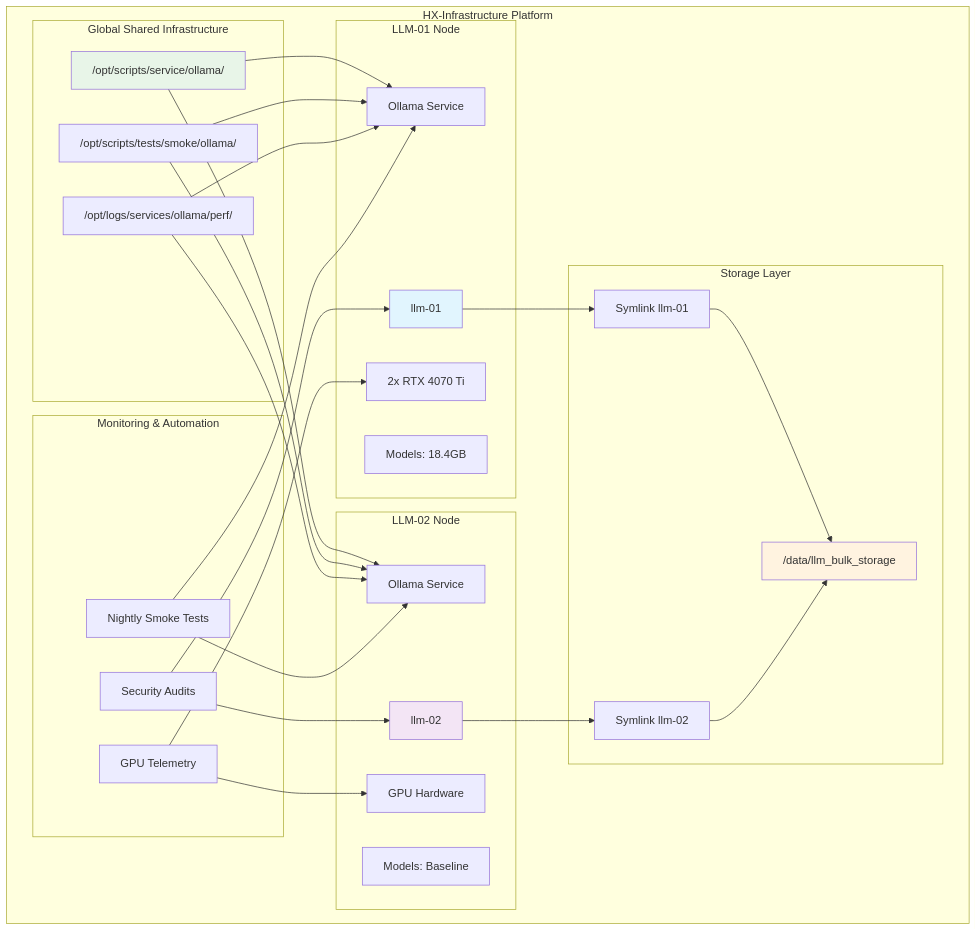
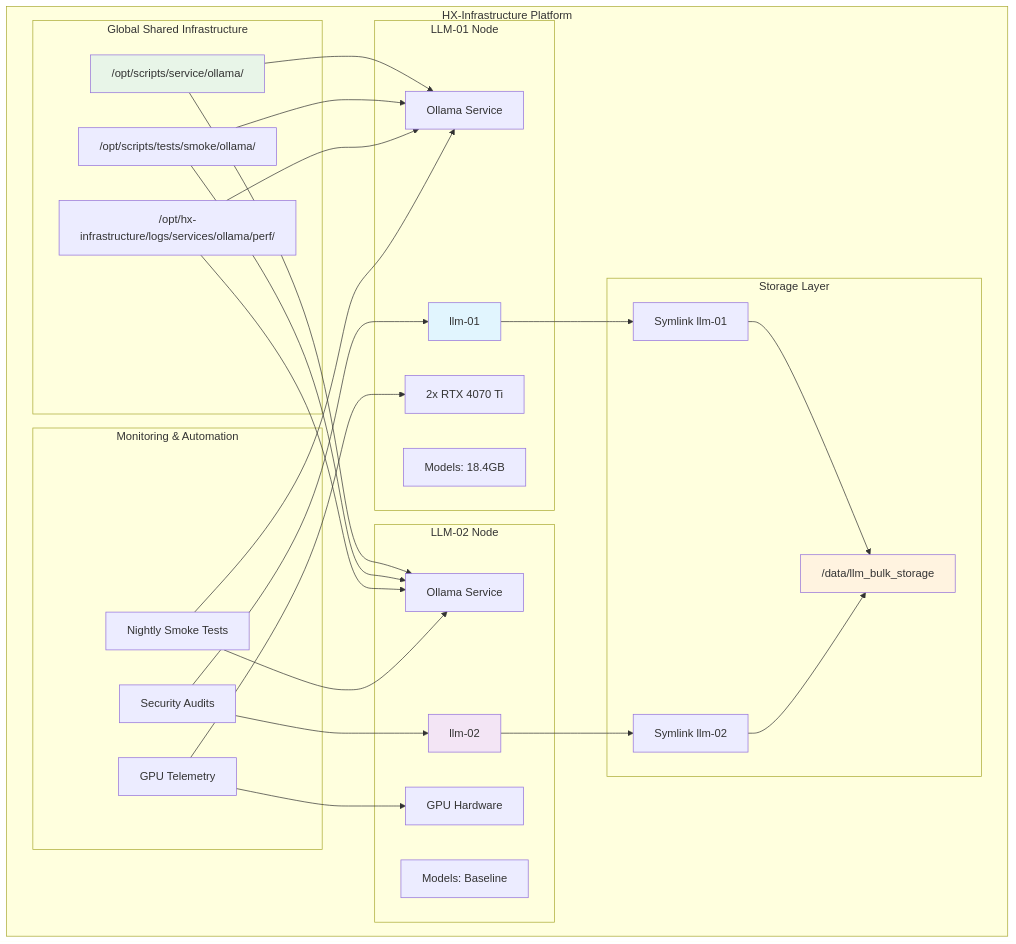
Before and after one commit to hanax-ai/HX-Infrastructure-: the first of 11 diagrams in README.md, drawn with Mermaid. The commit also changed other lines of this file and 17 other files, not shown here.

````diff
--- a/README.md
+++ b/README.md
@@ -29,60 +29,60 @@
 ```mermaid
 graph TB
     subgraph "HX-Infrastructure Platform"
         subgraph "Global Shared Infrastructure"
             GS["/opt/scripts/service/ollama/"]
             GT["/opt/scripts/tests/smoke/ollama/"]
-            GL["/opt/logs/services/ollama/perf/"]
+            GL["/opt/hx-infrastructure/logs/services/ollama/perf/"]
         end
         
         subgraph "LLM-01 Node"
             L1[llm-01]
             L1M[Models: 18.4GB]
             L1G[2x RTX 4070 Ti]
             L1S[Ollama Service]
         end
         
         subgraph "LLM-02 Node"
             L2[llm-02]
             L2M[Models: Baseline]
             L2G[GPU Hardware]
             L2S[Ollama Service]
         end
         
         subgraph "Storage Layer"
             BS["/data/llm_bulk_storage"]
             SM1[Symlink llm-01]
             SM2[Symlink llm-02]
         end
         
         subgraph "Monitoring & Automation"
             GPM[GPU Telemetry]
             NST[Nightly Smoke Tests]
             SEC[Security Audits]
         end
     end
     
     GS --> L1S
     GS --> L2S
     GT --> L1S
     GT --> L2S
     GL --> L1S
     GL --> L2S
     
     L1 --> SM1
     L2 --> SM2
     SM1 --> BS
     SM2 --> BS
     
     GPM --> L1G
     GPM --> L2G
     NST --> L1S
     NST --> L2S
     SEC --> L1
     SEC --> L2
     
     style L1 fill:#e1f5fe
     style L2 fill:#f3e5f5
     style GS fill:#e8f5e8
     style BS fill:#fff3e0
 ```
````
